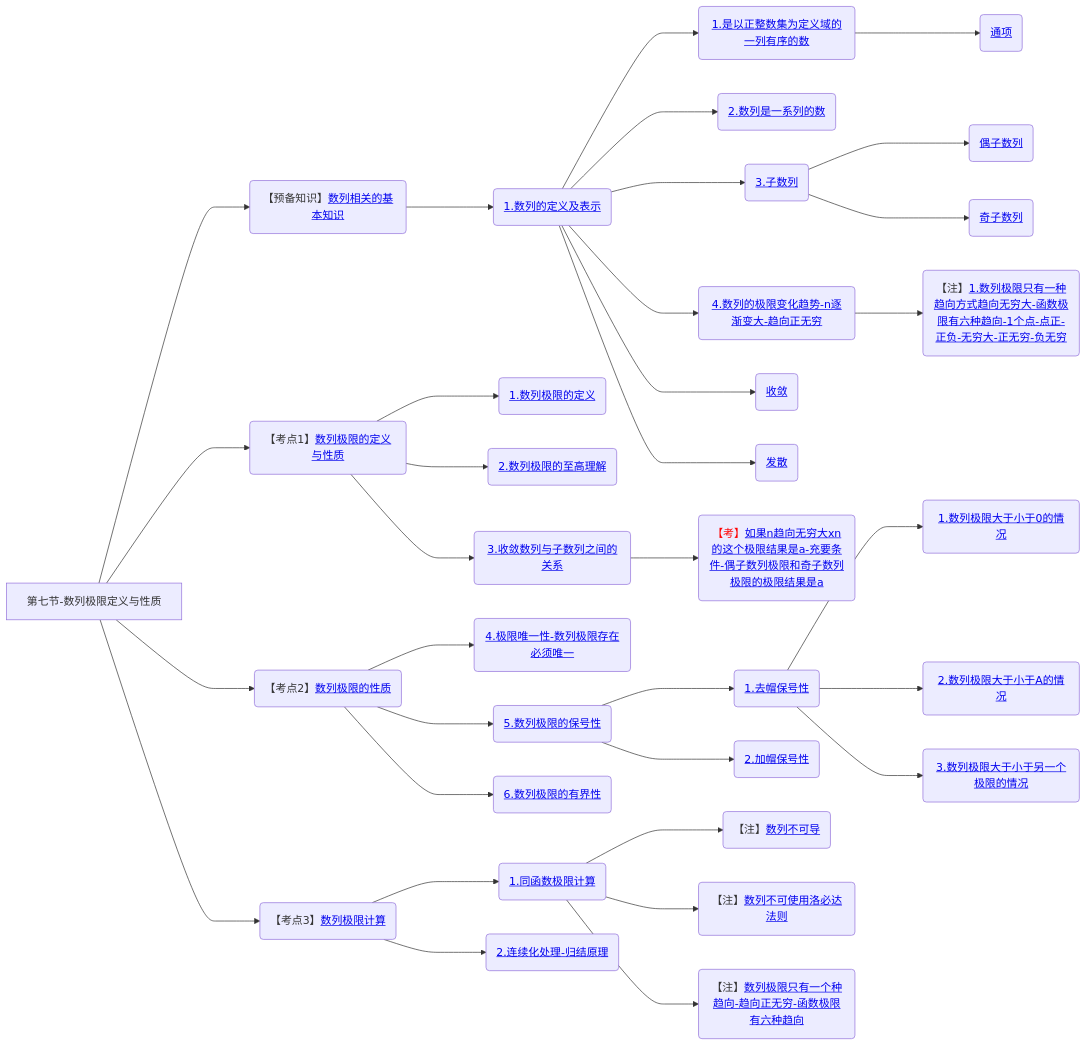
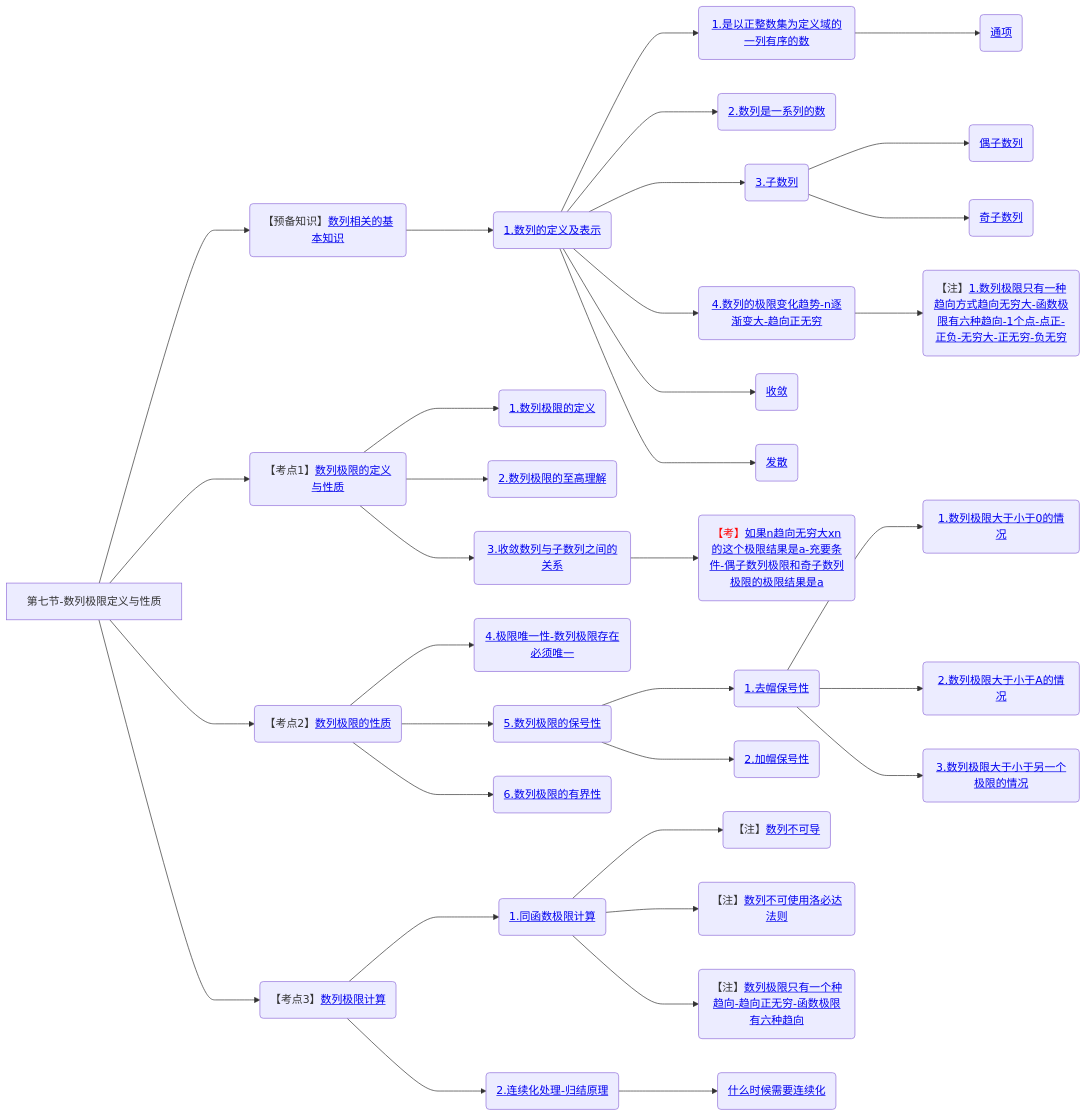
One commit to yuebinghui/note changed the seventh of 7 diagrams in 笔记/数学/周洋鑫/01.基础班思维导图.md. Above: the diagram before and after it, drawn with Mermaid. The commit also changed 7 other files, not shown here.

````diff
--- a/笔记/数学/周洋鑫/01.基础班思维导图.md
+++ b/笔记/数学/周洋鑫/01.基础班思维导图.md
@@ -255,47 +255,48 @@
 ```mermaid
 graph LR
 第七节-数列极限定义与性质
 
 第七节-数列极限定义与性质--->数列相关的基本知识(【预备知识】<a href="/Users/yuebinghui/Documents/program/github/note/笔记/数学/周洋鑫/基础班/07.数列极限定义与性质.md#数列相关的基本知识">数列相关的基本知识</>)
 数列相关的基本知识--->1.数列的定义及表示(<a href="/Users/yuebinghui/Documents/program/github/note/笔记/数学/周洋鑫/基础班/07.数列极限定义与性质.md#1.数列的定义及表示">1.数列的定义及表示</>)
 1.数列的定义及表示--->1.是以正整数集为定义域的一列有序的数(<a href="/Users/yuebinghui/Documents/program/github/note/笔记/数学/周洋鑫/基础班/07.数列极限定义与性质.md#1.是以正整数集为定义域的一列有序的数">1.是以正整数集为定义域的一列有序的数</>)
 1.是以正整数集为定义域的一列有序的数--->通项(<a href="/Users/yuebinghui/Documents/program/github/note/笔记/数学/周洋鑫/基础班/07.数列极限定义与性质.md#通项">通项</>)
 
 1.数列的定义及表示--->2.数列是一系列的数(<a href="/Users/yuebinghui/Documents/program/github/note/笔记/数学/周洋鑫/基础班/07.数列极限定义与性质.md#2.数列是一系列的数">2.数列是一系列的数</>)
 
 1.数列的定义及表示--->3.子数列(<a href="/Users/yuebinghui/Documents/program/github/note/笔记/数学/周洋鑫/基础班/07.数列极限定义与性质.md#3.子数列">3.子数列</>)
 3.子数列--->偶子数列(<a href="/Users/yuebinghui/Documents/program/github/note/笔记/数学/周洋鑫/基础班/07.数列极限定义与性质.md#偶子数列">偶子数列</>)
 3.子数列--->奇子数列(<a href="/Users/yuebinghui/Documents/program/github/note/笔记/数学/周洋鑫/基础班/07.数列极限定义与性质.md#奇子数列">奇子数列</>)
 
 1.数列的定义及表示--->4.数列的极限变化趋势-n逐渐变大-趋向正无穷(<a href="/Users/yuebinghui/Documents/program/github/note/笔记/数学/周洋鑫/基础班/07.数列极限定义与性质.md#4.数列的极限变化趋势-n逐渐变大-趋向正无穷">4.数列的极限变化趋势-n逐渐变大-趋向正无穷</>)
 4.数列的极限变化趋势-n逐渐变大-趋向正无穷--->1.数列极限只有一种趋向方式趋向无穷大-函数极限有六种趋向-1个点-点正-正负-无穷大-正无穷-负无穷(【注】<a href="/Users/yuebinghui/Documents/program/github/note/笔记/数学/周洋鑫/基础班/07.数列极限定义与性质.md#1.数列极限只有一种趋向方式趋向无穷大-函数极限有六种趋向-1个点-点正-正负-无穷大-正无穷-负无穷">1.数列极限只有一种趋向方式趋向无穷大-函数极限有六种趋向-1个点-点正-正负-无穷大-正无穷-负无穷</>)
 1.数列的定义及表示--->收敛(<a href="/Users/yuebinghui/Documents/program/github/note/笔记/数学/周洋鑫/基础班/07.数列极限定义与性质.md#收敛">收敛</>)
 1.数列的定义及表示--->发散(<a href="/Users/yuebinghui/Documents/program/github/note/笔记/数学/周洋鑫/基础班/07.数列极限定义与性质.md#发散">发散</>)
 
 
 第七节-数列极限定义与性质--->数列极限的定义与性质(【考点1】<a href="/Users/yuebinghui/Documents/program/github/note/笔记/数学/周洋鑫/基础班/07.数列极限定义与性质.md#数列极限的定义与性质">数列极限的定义与性质</>)
 数列极限的定义与性质--->1.数列极限的定义(<a href="/Users/yuebinghui/Documents/program/github/note/笔记/数学/周洋鑫/基础班/07.数列极限定义与性质.md#1.数列极限的定义">1.数列极限的定义</>)
 数列极限的定义与性质--->2.数列极限的至高理解(<a href="/Users/yuebinghui/Documents/program/github/note/笔记/数学/周洋鑫/基础班/07.数列极限定义与性质.md#2.数列极限的至高理解">2.数列极限的至高理解</>)
 数列极限的定义与性质--->3.收敛数列与子数列之间的关系(<a href="/Users/yuebinghui/Documents/program/github/note/笔记/数学/周洋鑫/基础班/07.数列极限定义与性质.md#3.收敛数列与子数列之间的关系">3.收敛数列与子数列之间的关系</>)
 3.收敛数列与子数列之间的关系--->如果n趋向无穷大xn的这个极限结果是a-充要条件-偶子数列极限和奇子数列极限的极限结果是a(<span style="color:red">【考】</span><a href="/Users/yuebinghui/Documents/program/github/note/笔记/数学/周洋鑫/基础班/07.数列极限定义与性质.md#如果n趋向无穷大xn的这个极限结果是a-充要条件-偶子数列极限和奇子数列极限的极限结果是a">如果n趋向无穷大xn的这个极限结果是a-充要条件-偶子数列极限和奇子数列极限的极限结果是a</>)
 
 第七节-数列极限定义与性质--->数列极限的性质(【考点2】<a href="/Users/yuebinghui/Documents/program/github/note/笔记/数学/周洋鑫/基础班/07.数列极限定义与性质.md#数列极限的性质">数列极限的性质</>)
 数列极限的性质--->4.极限唯一性-数列极限存在必须唯一(<a href="/Users/yuebinghui/Documents/program/github/note/笔记/数学/周洋鑫/基础班/07.数列极限定义与性质.md#4.极限唯一性-数列极限存在必须唯一">4.极限唯一性-数列极限存在必须唯一</>)
 数列极限的性质--->5.数列极限的保号性(<a href="/Users/yuebinghui/Documents/program/github/note/笔记/数学/周洋鑫/基础班/07.数列极限定义与性质.md#5.数列极限的保号性">5.数列极限的保号性</>)
 5.数列极限的保号性--->1.去帽保号性(<a href="/Users/yuebinghui/Documents/program/github/note/笔记/数学/周洋鑫/基础班/07.数列极限定义与性质.md#1.去帽保号性">1.去帽保号性</>)
 1.去帽保号性--->1.数列极限大于小于0的情况(<a href="/Users/yuebinghui/Documents/program/github/note/笔记/数学/周洋鑫/基础班/07.数列极限定义与性质.md#1.数列极限大于小于0的情况">1.数列极限大于小于0的情况</>)
 1.去帽保号性--->2.数列极限大于小于A的情况(<a href="/Users/yuebinghui/Documents/program/github/note/笔记/数学/周洋鑫/基础班/07.数列极限定义与性质.md#2.数列极限大于小于A的情况">2.数列极限大于小于A的情况</>)
 1.去帽保号性--->3.数列极限大于小于另一个极限的情况(<a href="/Users/yuebinghui/Documents/program/github/note/笔记/数学/周洋鑫/基础班/07.数列极限定义与性质.md#3.数列极限大于小于另一个极限的情况">3.数列极限大于小于另一个极限的情况</>)
 5.数列极限的保号性--->2.加帽保号性(<a href="/Users/yuebinghui/Documents/program/github/note/笔记/数学/周洋鑫/基础班/07.数列极限定义与性质.md#2.加帽保号性">2.加帽保号性</>)
 数列极限的性质--->6.数列极限的有界性(<a href="/Users/yuebinghui/Documents/program/github/note/笔记/数学/周洋鑫/基础班/07.数列极限定义与性质.md#6.数列极限的有界性">6.数列极限的有界性</>)
 
 第七节-数列极限定义与性质--->数列极限计算(【考点3】<a href="/Users/yuebinghui/Documents/program/github/note/笔记/数学/周洋鑫/基础班/07.数列极限定义与性质.md#数列极限计算">数列极限计算</>)
 数列极限计算--->1.同函数极限计算(<a href="/Users/yuebinghui/Documents/program/github/note/笔记/数学/周洋鑫/基础班/07.数列极限定义与性质.md#1.同函数极限计算">1.同函数极限计算</>)
 1.同函数极限计算--->数列不可导(【注】<a href="/Users/yuebinghui/Documents/program/github/note/笔记/数学/周洋鑫/基础班/07.数列极限定义与性质.md#数列不可导">数列不可导</>)
 1.同函数极限计算--->数列不可使用洛必达法则(【注】<a href="/Users/yuebinghui/Documents/program/github/note/笔记/数学/周洋鑫/基础班/07.数列极限定义与性质.md#数列不可使用洛必达法则">数列不可使用洛必达法则</>)
 1.同函数极限计算--->数列极限只有一个种趋向-趋向正无穷-函数极限有六种趋向(【注】<a href="/Users/yuebinghui/Documents/program/github/note/笔记/数学/周洋鑫/基础班/07.数列极限定义与性质.md#数列极限只有一个种趋向-趋向正无穷-函数极限有六种趋向">数列极限只有一个种趋向-趋向正无穷-函数极限有六种趋向</>)
 
 数列极限计算--->2.连续化处理-归结原理(<a href="/Users/yuebinghui/Documents/program/github/note/笔记/数学/周洋鑫/基础班/07.数列极限定义与性质.md#2.连续化处理-归结原理">2.连续化处理-归结原理</>)
+2.连续化处理-归结原理--->什么时候需要连续化(<a href="/Users/yuebinghui/Documents/program/github/note/笔记/数学/周洋鑫/基础班/07.数列极限定义与性质.md#什么时候需要连续化">什么时候需要连续化</>)
 
 
 ```
````
